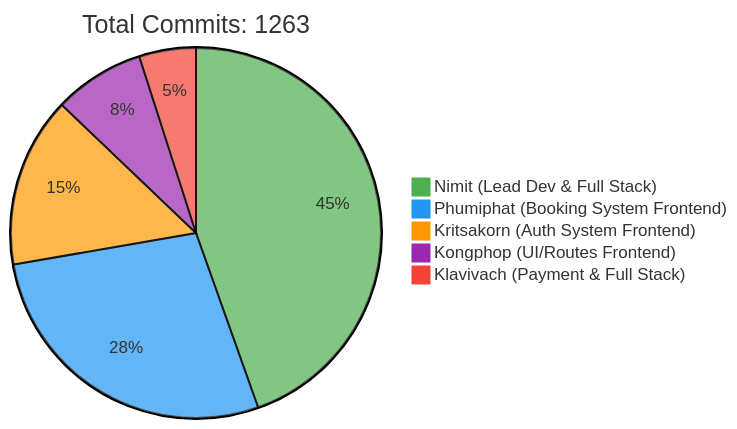
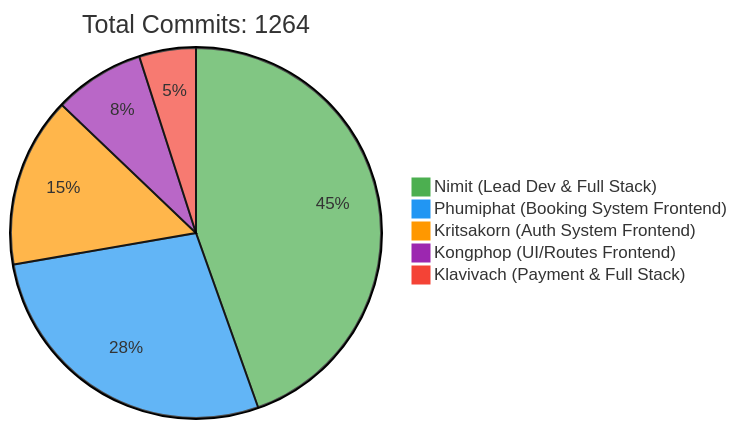
One commit to 6531503042/Sport-Complex changed the first of 2 diagrams in README.md. Above: the diagram before and after it, drawn with Mermaid. The commit also changed other lines of this file, not shown here.

Commit message:
docs: Update contributor statistics [skip ci]

````diff
--- a/README.md
+++ b/README.md
@@ -257,10 +257,10 @@
 ```mermaid
 %%{init: {'theme': 'base', 'themeVariables': { 'pie1': '#4CAF50', 'pie2': '#2196F3', 'pie3': '#FF9800', 'pie4': '#9C27B0', 'pie5': '#F44336'}}}%%
 pie
-    title Total Commits: 1263
+    title Total Commits: 1264
     "Nimit (Lead Dev & Full Stack)" : 450
     "Phumiphat (Booking System Frontend)" : 280
     "Kritsakorn (Auth System Frontend)" : 150
     "Kongphop (UI/Routes Frontend)" : 80
     "Klavivach (Payment & Full Stack)" : 50
 ```
````
